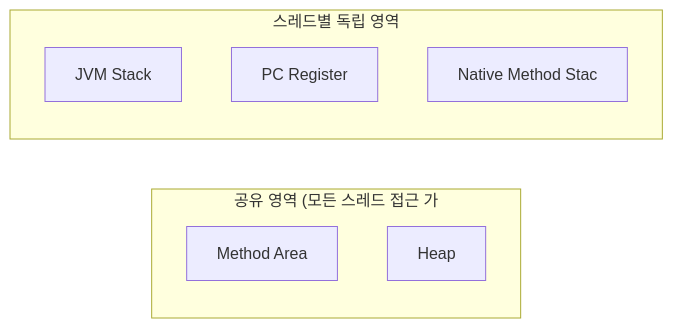
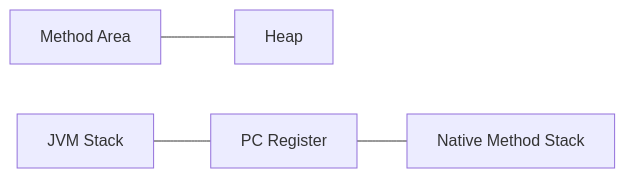
The third of 7 diagrams in _posts/java/2026-05-02-jvm-architecture.md (yjkim2015/yjkim2015.github.io), drawn with Mermaid before and after one commit. The commit also changed other lines of this file and 155 other files, not shown here.

First line of the commit message:
Mermaid 전면 수정: subgraph 제거, participant/노드/줄수 축소 (342블록)

````diff
--- a/_posts/java/2026-05-02-jvm-architecture.md
+++ b/_posts/java/2026-05-02-jvm-architecture.md
@@ -266,12 +266,6 @@
 ```mermaid
 flowchart LR
-    subgraph SHARED["공유 영역 (모든 스레드 접근 가"]
-        MA["Method Area"]
-        HP["Heap"]
-    end
-    subgraph THREAD["스레드별 독립 영역"]
-        ST["JVM Stack"]
-        PC["PC Register"]
-        NS["Native Method Stac"]
-    end
+    MA["Method Area"] --- HP["Heap"]
+    ST["JVM Stack"] --- PC["PC Register"]
+    PC --- NS["Native Method Stack"]
 ```
````
